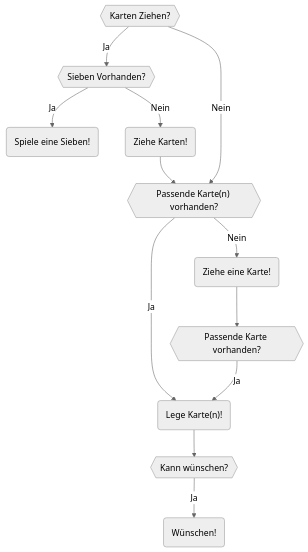
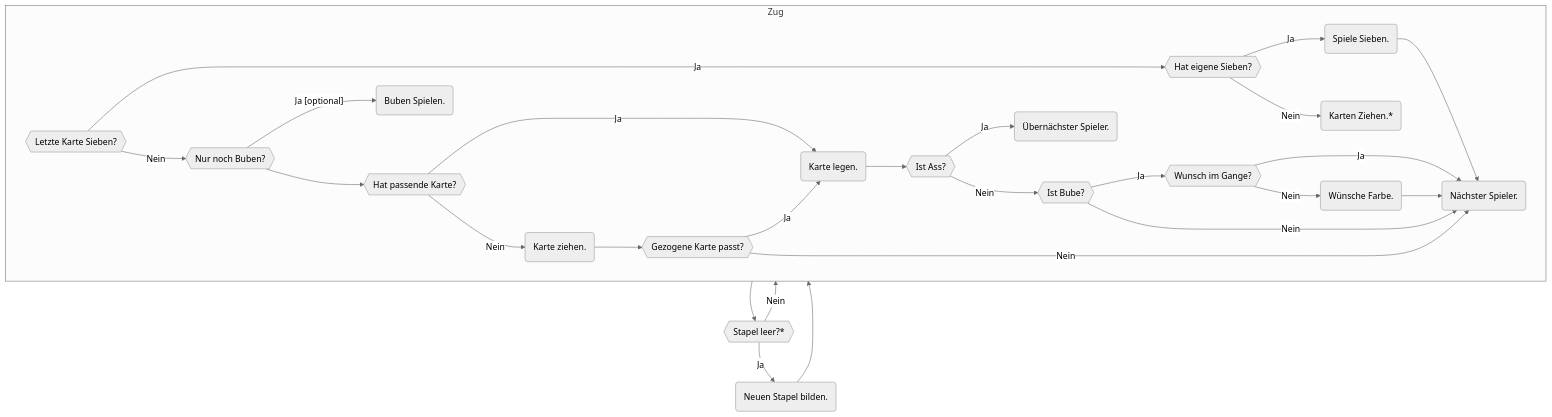
One commit to Severin-Nitsche/Cards changed the second of 3 diagrams in Readme.md. Above: the diagram before and after it, drawn with Mermaid (neutral theme). The commit also changed other lines of this file, not shown here.

Commit message:
doc: Enhance flow chart

````diff
--- a/Readme.md
+++ b/Readme.md
@@ -58,25 +67,47 @@
 ```mermaid
 flowchart TD
-    hasToDraw{{Karten Ziehen?}}
-    canAvert{{Sieben Vorhanden?}}
-    avert(Spiele eine Sieben!)
-    drawMultiple(Ziehe Karten!)
-    canPlay{{"Passende Karte(n) vorhanden?"}}
-    canPlayLastChance{{"Passende Karte vorhanden?"}}
-    isWish{{Kann wünschen?}}
-    wish(Wünschen!)
-    drawOnce(Ziehe eine Karte!)
-    act("Lege Karte(n)!")
-    
-    hasToDraw -->|Ja| canAvert
-    hasToDraw -->|Nein| canPlay
-    canAvert -->|Ja| avert
-    canAvert -->|Nein| drawMultiple
-    drawMultiple --> canPlay
-    canPlay -->|Ja| act
-    canPlay -->|Nein| drawOnce
-    act --> isWish
-    isWish -->|Ja| wish
-    drawOnce --> canPlayLastChance
-    canPlayLastChance -->|Ja| act
+    stackEmpty{{Stapel leer?*}}
+    rebuildStack(Neuen Stapel bilden.)
+    subgraph turn [Zug]
+        hasMatchingCard{{Hat passende Karte?}}
+        drawCard(Karte ziehen.)
+        playCard(Karte legen.)
+        drawnCardMatches{{Gezogene Karte passt?}}
+        isSeven{{Letzte Karte Sieben?}}
+        hasSeven{{Hat eigene Sieben?}}
+        playSeven(Spiele Sieben.)
+        next(Nächster Spieler.)
+        drawCards(Karten Ziehen.*)
+        wasAce{{Ist Ass?}}
+        skip(Übernächster Spieler.)
+        wasJack{{Ist Bube?}}
+        wish(Wünsche Farbe.)
+        wishActive{{Wunsch im Gange?}}
+        onlyJacks{{Nur noch Buben?}}
+        playJacks(Buben Spielen.)
+        hasMatchingCard -->|Ja| playCard
+        hasMatchingCard -->|Nein| drawCard
+        drawCard --> drawnCardMatches
+        drawnCardMatches -->|Ja| playCard
+        isSeven -->|Ja| hasSeven
+        isSeven -->|Nein| onlyJacks
+        hasSeven -->|Ja| playSeven
+        drawnCardMatches -->|Nein| next
+        playSeven --> next
+        hasSeven -->|Nein| drawCards
+        playCard --> wasAce
+        wasAce -->|Ja| skip
+        wasAce -->|Nein| wasJack
+        wasJack -->|Ja| wishActive
+        wasJack -->|Nein| next
+        wish --> next
+        wishActive -->|Ja| next
+        wishActive -->|Nein| wish
+        onlyJacks -->|"Ja [optional]"| playJacks
+        onlyJacks --> hasMatchingCard
+    end
+    turn --> stackEmpty
+    stackEmpty -->|Ja| rebuildStack
+    stackEmpty -->|Nein| turn
+    rebuildStack --> turn
 ```
````
